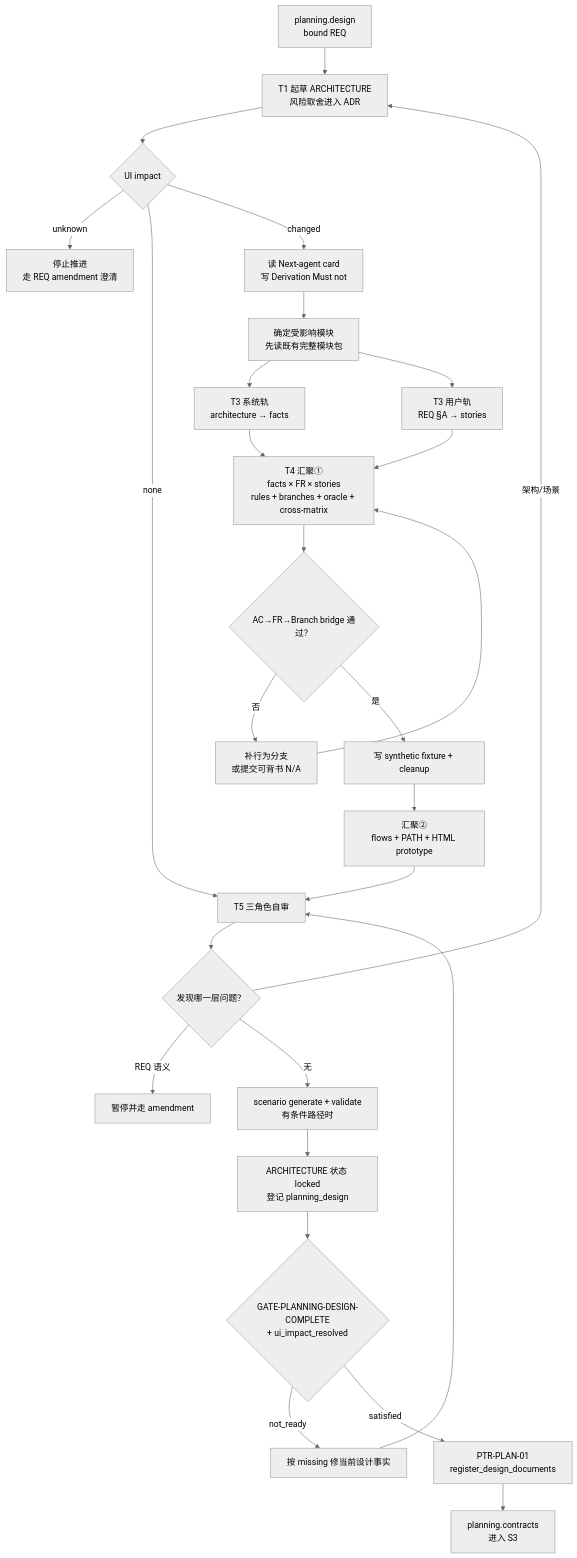
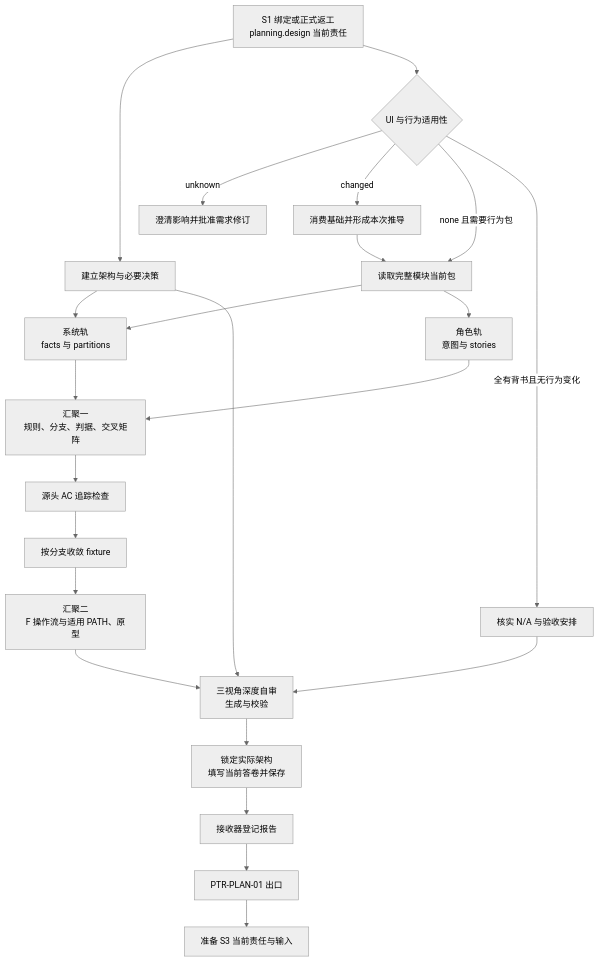
The diagram in blueprint/l3-stages/L3-S2-design.md (entroforge/go-system-builder), drawn with Mermaid (neutral theme) before and after one commit. The commit also changed other lines of this file and 1562 other files, not shown here.

````diff
--- a/blueprint/l3-stages/L3-S2-design.md
+++ b/blueprint/l3-stages/L3-S2-design.md
@@ -98,31 +220,25 @@
 ```mermaid
 flowchart TD
-    IN["planning.design<br/>bound REQ"] --> ARCH["T1 起草 ARCHITECTURE<br/>风险取舍进入 ADR"]
-    ARCH --> UI{"UI impact"}
-    UI -->|unknown| STOP["停止推进<br/>走 REQ amendment 澄清"]
-    UI -->|none| REVIEW["T5 三角色自审"]
-    UI -->|changed| DERIVE["读 Next-agent card<br/>写 Derivation Must not"]
-    DERIVE --> MODULES["确定受影响模块<br/>先读既有完整模块包"]
-
-    MODULES --> SYS["T3 系统轨<br/>architecture → facts"]
-    MODULES --> USER["T3 用户轨<br/>REQ §A → stories"]
-    SYS --> CONV1["T4 汇聚①<br/>facts × FR × stories<br/>rules + branches + oracle + cross-matrix"]
-    USER --> CONV1
-    CONV1 --> BRIDGE{"AC→FR→Branch bridge 通过？"}
-    BRIDGE -->|否| FIX1["补行为分支<br/>或提交可背书 N/A"]
-    FIX1 --> CONV1
-    BRIDGE -->|是| FIXTURE["写 synthetic fixture + cleanup"]
-    FIXTURE --> CONV2["汇聚②<br/>flows + PATH + HTML prototype"]
-    CONV2 --> REVIEW
-
-    REVIEW --> DEFECT{"发现哪一层问题？"}
-    DEFECT -->|REQ 语义| PAUSE["暂停并走 amendment"]
-    DEFECT -->|架构/场景| ARCH
-    DEFECT -->|无| GEN["scenario generate + validate<br/>有条件路径时"]
-    GEN --> LOCK["ARCHITECTURE 状态 locked<br/>登记 planning_design"]
-    LOCK --> GATE{"GATE-PLANNING-DESIGN-COMPLETE<br/>+ ui_impact_resolved"}
-    GATE -->|not_ready| REPAIR["按 missing 修当前设计事实"]
-    REPAIR --> REVIEW
-    GATE -->|satisfied| PTR["PTR-PLAN-01<br/>register_design_documents"]
-    PTR --> S3["planning.contracts<br/>进入 S3"]
+    IN[S1 绑定或正式返工<br/>planning.design 当前责任] --> ARCH[建立架构与必要决策]
+    IN --> ROUTE{UI 与行为适用性}
+    ROUTE -->|unknown| AMEND[澄清影响并批准需求修订]
+    ROUTE -->|changed| FOUNDATION[消费基础并形成本次推导]
+    ROUTE -->|none 且需要行为包| MODULE[读取完整模块当前包]
+    FOUNDATION --> MODULE
+    ARCH --> SYS[系统轨<br/>facts 与 partitions]
+    MODULE --> SYS
+    MODULE --> ROLE[角色轨<br/>意图与 stories]
+    SYS --> C1[汇聚一<br/>规则、分支、判据、交叉矩阵]
+    ROLE --> C1
+    C1 --> BRIDGE[源头 AC 追踪检查]
+    BRIDGE --> FIXTURE[按分支收敛 fixture]
+    FIXTURE --> C2[汇聚二<br/>F 操作流与适用 PATH、原型]
+    C2 --> REVIEW[三视角深度自审<br/>生成与校验]
+    ROUTE -->|全有背书且无行为变化| NA[核实 N/A 与验收安排]
+    NA --> REVIEW
+    ARCH --> REVIEW
+    REVIEW --> SAVE[锁定实际架构<br/>填写当前答卷并保存]
+    SAVE --> RECORD[接收器登记报告]
+    RECORD --> OUTLET[PTR-PLAN-01 出口]
+    OUTLET --> NEXT[准备 S3 当前责任与输入]
 ```
````
